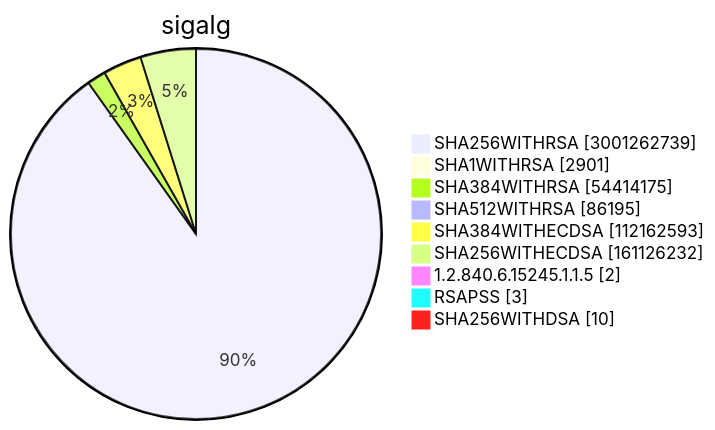
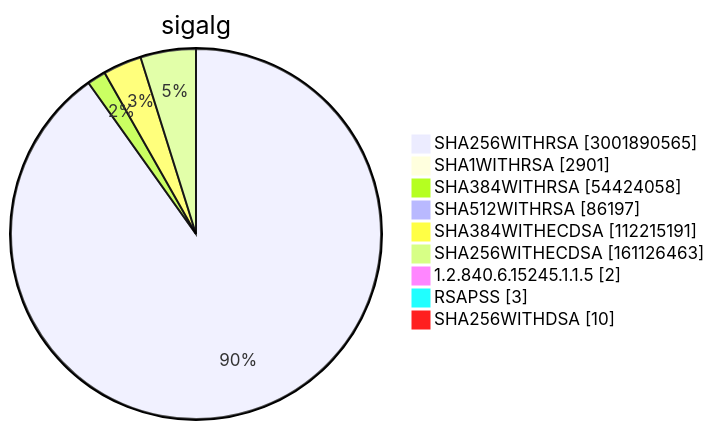
One commit to christiankrug/ctmonitor_visualization changed diagram 15 of 15 in TOTAL/README.md. Above: the diagram before and after it, drawn with Mermaid. The commit also changed other lines of this file, not shown here.

````diff
--- a/TOTAL/README.md
+++ b/TOTAL/README.md
@@ -6208,13 +6208,13 @@
 ```mermaid
 pie showData
 title sigalg
-"SHA256WITHRSA" :3001262739
+"SHA256WITHRSA" :3001890565
 "SHA1WITHRSA" :2901
-"SHA384WITHRSA" :54414175
-"SHA512WITHRSA" :86195
-"SHA384WITHECDSA" :112162593
-"SHA256WITHECDSA" :161126232
+"SHA384WITHRSA" :54424058
+"SHA512WITHRSA" :86197
+"SHA384WITHECDSA" :112215191
+"SHA256WITHECDSA" :161126463
 "1.2.840.6.15245.1.1.5" :2
 "RSAPSS" :3
 "SHA256WITHDSA" :10
 ```
````
